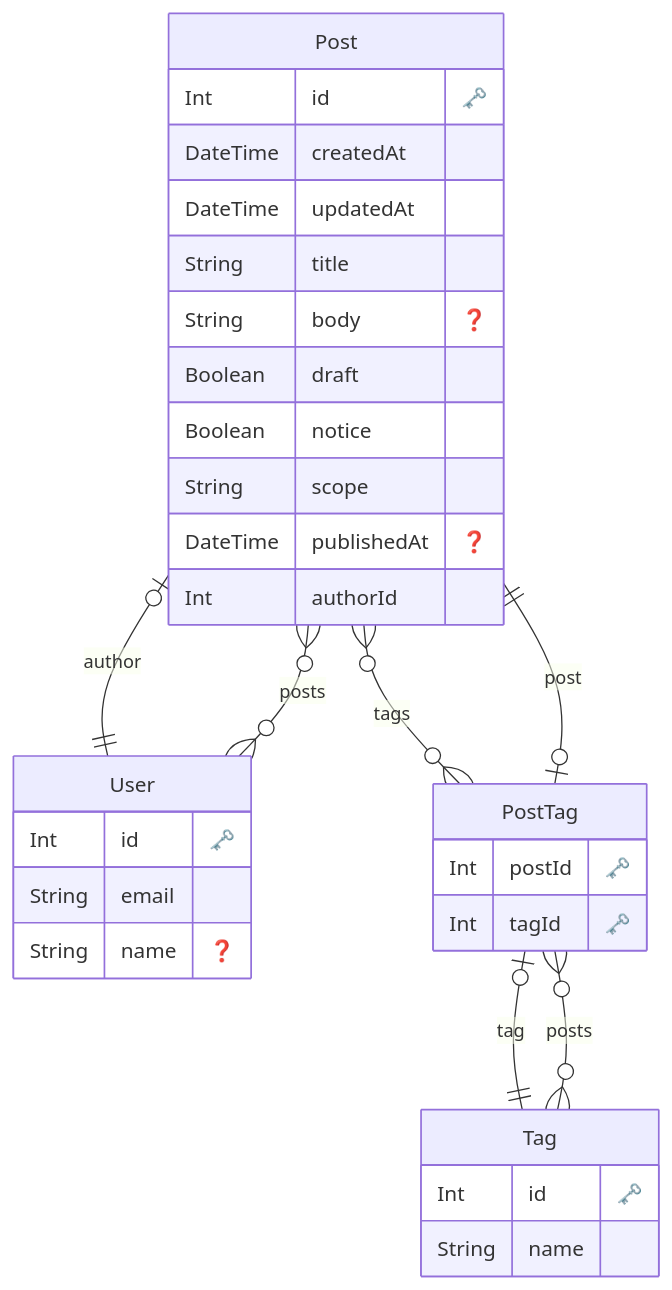
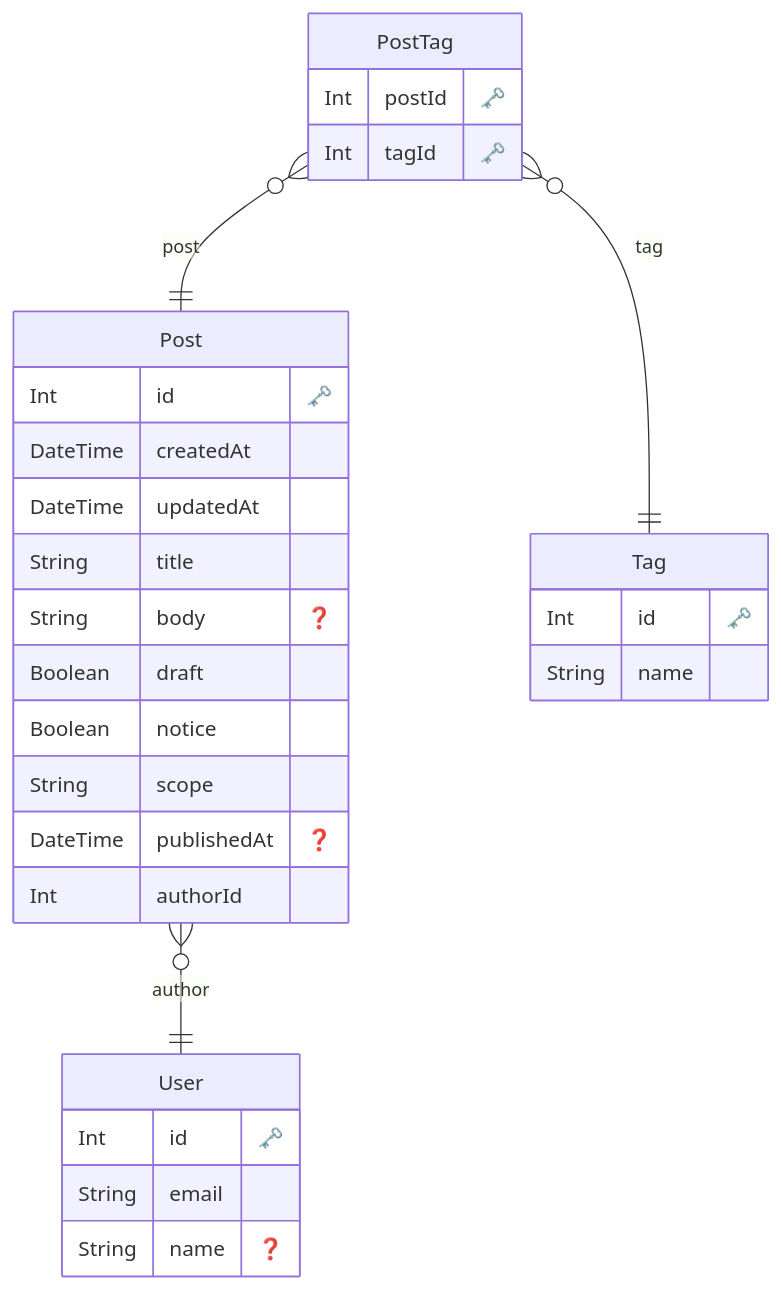
Before and after one commit to susumutomita/docdoc: the diagram in src/app/prisma/ERD.md, drawn with Mermaid. The commit also changed 23 other files, not shown here.

````diff
--- a/src/app/prisma/ERD.md
+++ b/src/app/prisma/ERD.md
@@ -1,42 +1,39 @@
 ```mermaid
 erDiagram
 
   "Post" {
     Int id "🗝️"
     DateTime createdAt 
     DateTime updatedAt 
     String title 
     String body "❓"
     Boolean draft 
     Boolean notice 
     String scope 
     DateTime publishedAt "❓"
     Int authorId 
     }
   
 
   "User" {
     Int id "🗝️"
     String email 
     String name "❓"
     }
   
 
   "Tag" {
     Int id "🗝️"
     String name 
     }
   
 
   "PostTag" {
     Int postId "🗝️"
     Int tagId "🗝️"
     }
   
-    "Post" o|--|| "User" : "author"
-    "Post" o{--}o "PostTag" : "tags"
-    "User" o{--}o "Post" : "posts"
-    "Tag" o{--}o "PostTag" : "posts"
-    "PostTag" o|--|| "Post" : "post"
-    "PostTag" o|--|| "Tag" : "tag"
+    "Post" }o--|| "User" : "author"
+    "PostTag" }o--|| "Post" : "post"
+    "PostTag" }o--|| "Tag" : "tag"
 ```
````
